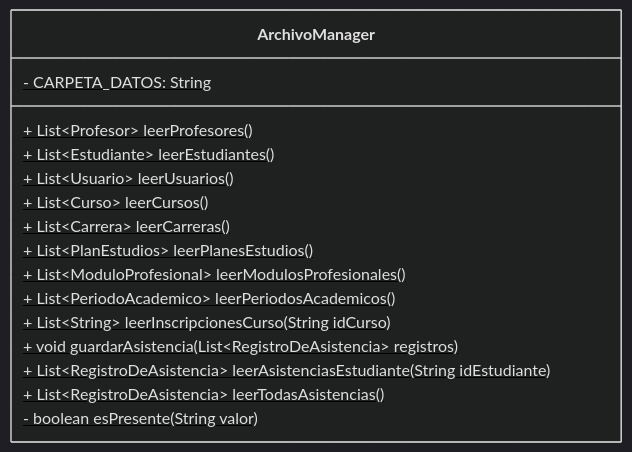
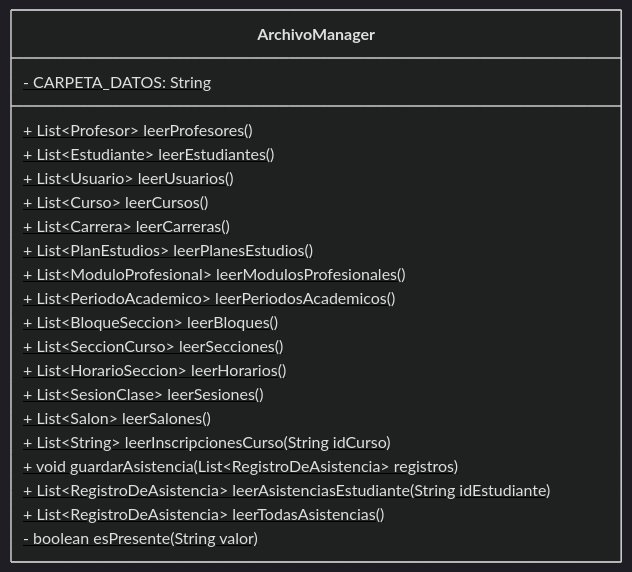
The diagram in docs/storage/ArchivoManager.mmd (Aireck2/take-attendance-java), drawn with Mermaid (dark theme) before and after one commit. The commit also changed 27 other files, not shown here.

```diff
--- a/docs/storage/ArchivoManager.mmd
+++ b/docs/storage/ArchivoManager.mmd
@@ -1,17 +1,22 @@
 classDiagram
     class ArchivoManager {
         - CARPETA_DATOS: String$
         + List~Profesor~ leerProfesores()$
         + List~Estudiante~ leerEstudiantes()$
         + List~Usuario~ leerUsuarios()$
         + List~Curso~ leerCursos()$
         + List~Carrera~ leerCarreras()$
         + List~PlanEstudios~ leerPlanesEstudios()$
         + List~ModuloProfesional~ leerModulosProfesionales()$
         + List~PeriodoAcademico~ leerPeriodosAcademicos()$
+        + List~BloqueSeccion~ leerBloques()$
+        + List~SeccionCurso~ leerSecciones()$
+        + List~HorarioSeccion~ leerHorarios()$
+        + List~SesionClase~ leerSesiones()$
+        + List~Salon~ leerSalones()$
         + List~String~ leerInscripcionesCurso(String idCurso)$
         + void guardarAsistencia(List~RegistroDeAsistencia~ registros)$
         + List~RegistroDeAsistencia~ leerAsistenciasEstudiante(String idEstudiante)$
         + List~RegistroDeAsistencia~ leerTodasAsistencias()$
         - boolean esPresente(String valor)$
     }
```
